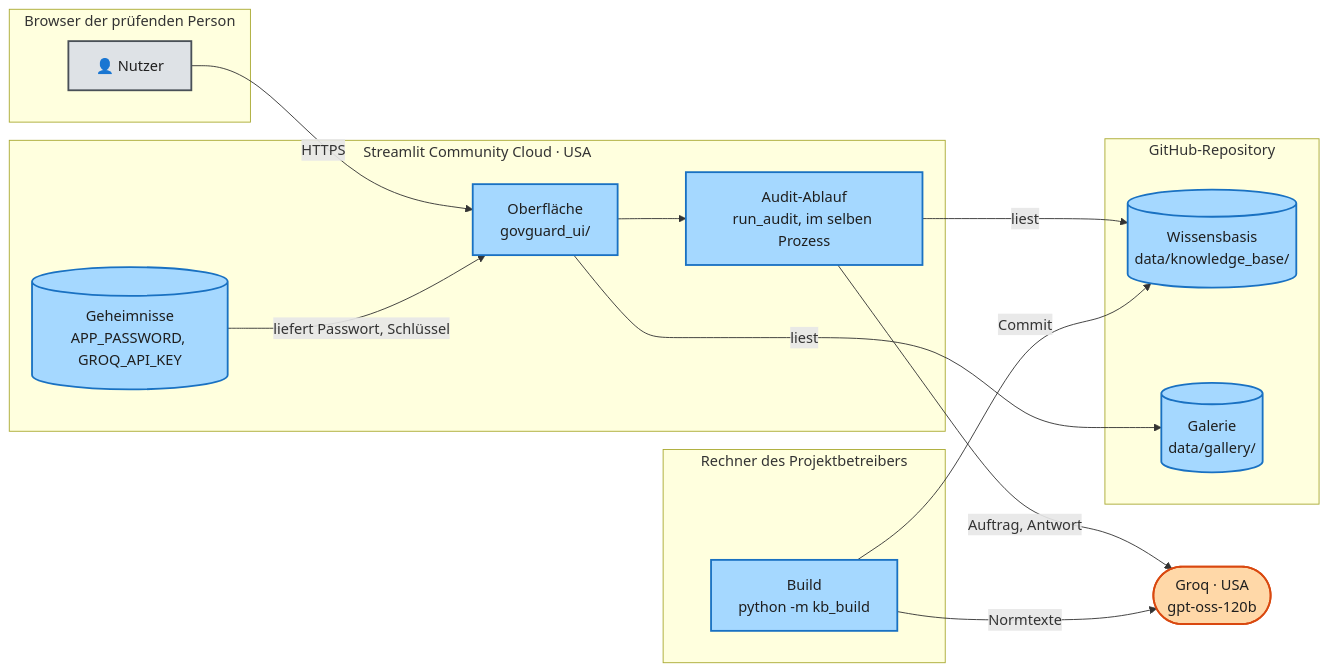
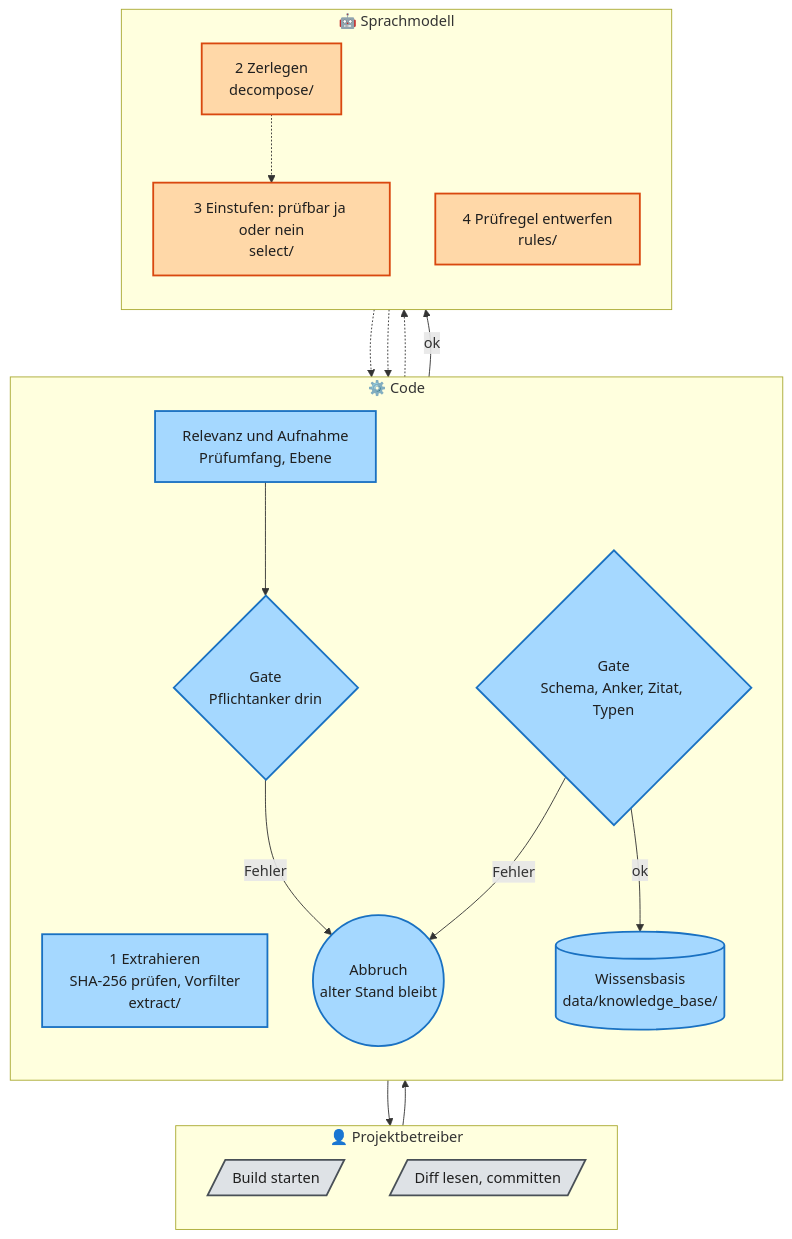
One commit to Daniel74/GovGuard changed the third of 5 diagrams in docs/ARCHITECTURE.md. Above: the diagram before and after it, drawn with Mermaid. The commit also changed other lines of this file and 53 other files, not shown here.

Commit message:
#72 4+1-Doku ersetzt ARCHITECTURE und DESIGN, Ausbau nach AUSBAU.md, Drift-Test vereint

````diff
--- a/docs/ARCHITECTURE.md
+++ b/docs/ARCHITECTURE.md
@@ -202,29 +245,34 @@
 ```mermaid
-flowchart LR
-  subgraph NUT["Browser der prüfenden Person"]
-    U["👤 Nutzer"]:::human
+flowchart TB
+  subgraph B1["👤 Projektbetreiber"]
+    direction TB
+    h1[/"Build starten"/]:::human
+    h2[/"Diff lesen, committen"/]:::human
   end
-  subgraph SCC["Streamlit Community Cloud · USA"]
-    UI["Oberfläche<br/>govguard_ui/"]:::code
-    AE["Audit-Ablauf<br/>run_audit, im selben Prozess"]:::code
-    SEC[("Geheimnisse<br/>APP_PASSWORD, GROQ_API_KEY")]:::code
+  subgraph B2["⚙️ Code"]
+    direction TB
+    e1["1 Extrahieren<br/>SHA-256 prüfen, Vorfilter<br/>extract/"]:::code
+    r1["Relevanz und Aufnahme<br/>Prüfumfang, Ebene"]:::code
+    g1{"Gate<br/>Pflichtanker drin"}:::code
+    g2{"Gate<br/>Schema, Anker, Zitat, Typen"}:::code
+    k1[("Wissensbasis<br/>data/knowledge_base/")]:::code
+    x1(("Abbruch<br/>alter Stand bleibt")):::code
   end
-  subgraph REPO["GitHub-Repository"]
-    KB[("Wissensbasis<br/>data/knowledge_base/")]:::code
-    GAL[("Galerie<br/>data/gallery/")]:::code
+  subgraph B3["🤖 Sprachmodell"]
+    direction TB
+    m1["2 Zerlegen<br/>decompose/"]:::llm
+    m2["3 Einstufen: prüfbar ja oder nein<br/>select/"]:::llm
+    m3["4 Prüfregel entwerfen<br/>rules/"]:::llm
   end
-  GQ(["Groq · USA<br/>gpt-oss-120b"]):::llm
-  subgraph LOK["Rechner des Projektbetreibers"]
-    BU["Build<br/>python -m kb_build"]:::code
-  end
-  U -->|"HTTPS"| UI --> AE
-  UI -->|liest| GAL
-  AE -->|liest| KB
-  AE -->|"Auftrag, Antwort"| GQ
-  SEC -->|"liefert Passwort, Schlüssel"| UI
-  BU -->|"Normtexte"| GQ
-  BU -->|"Commit"| KB
+  h1 --> e1
+  e1 -.-> m1 -.-> m2
+  m2 -.-> r1 --> g1
+  g1 -->|"ok"| m3
+  g1 -->|"Fehler"| x1
+  m3 -.-> g2
+  g2 -->|"ok"| k1 --> h2
+  g2 -->|"Fehler"| x1
   classDef llm fill:#ffd8a8,stroke:#d9480f,color:#1f1f1f,stroke-width:2px
   classDef code fill:#a5d8ff,stroke:#1971c2,color:#1f1f1f,stroke-width:2px
   classDef human fill:#dee2e6,stroke:#495057,color:#1f1f1f,stroke-width:2px
 ```
````
